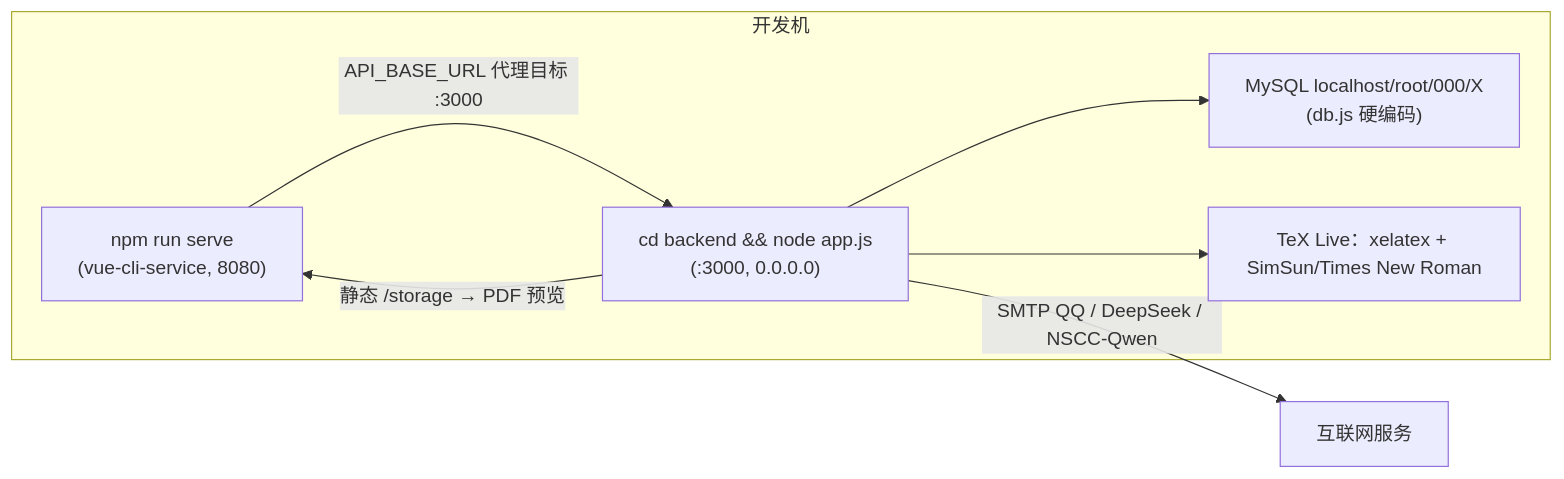
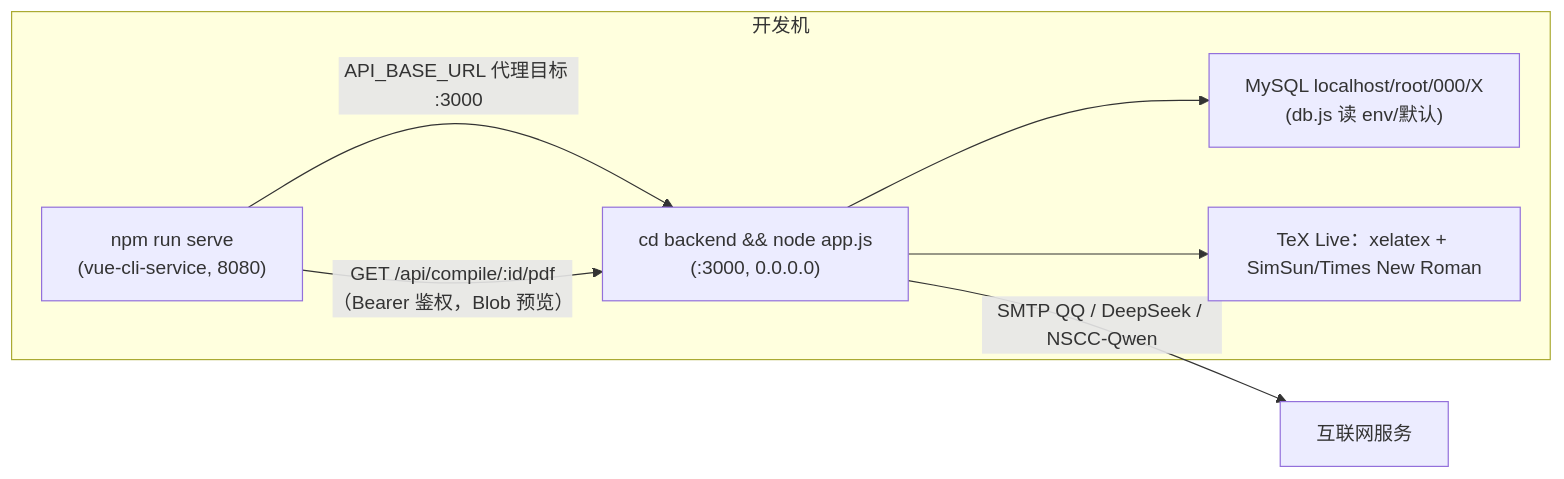
One commit to ljb202510/PGFPlotsGenerator changed the second of 7 diagrams in docs/architecture.md. Above: the diagram before and after it, drawn with Mermaid. The commit also changed other lines of this file and 21 other files, not shown here.

````diff
--- a/docs/architecture.md
+++ b/docs/architecture.md
@@ -77,14 +77,14 @@
 ```mermaid
 flowchart LR
     subgraph Dev["开发机"]
         FE["npm run serve<br/>(vue-cli-service, 8080)"]
         BE["cd backend && node app.js<br/>(:3000, 0.0.0.0)"]
-        MYSQL_LOCAL["MySQL localhost/root/000/X<br/>(db.js 硬编码)"]
+        MYSQL_LOCAL["MySQL localhost/root/000/X<br/>(db.js 读 env/默认)"]
         TEX_LOCAL["TeX Live：xelatex + SimSun/Times New Roman"]
     end
     FE -- "API_BASE_URL 代理目标 :3000" --> BE
     BE --> MYSQL_LOCAL
     BE --> TEX_LOCAL
-    BE -- "静态 /storage → PDF 预览" --> FE
+    FE -- "GET /api/compile/:id/pdf（Bearer 鉴权，Blob 预览）" --> BE
     BE -- "SMTP QQ / DeepSeek / NSCC-Qwen" --> EXT["互联网服务"]
 ```
````
